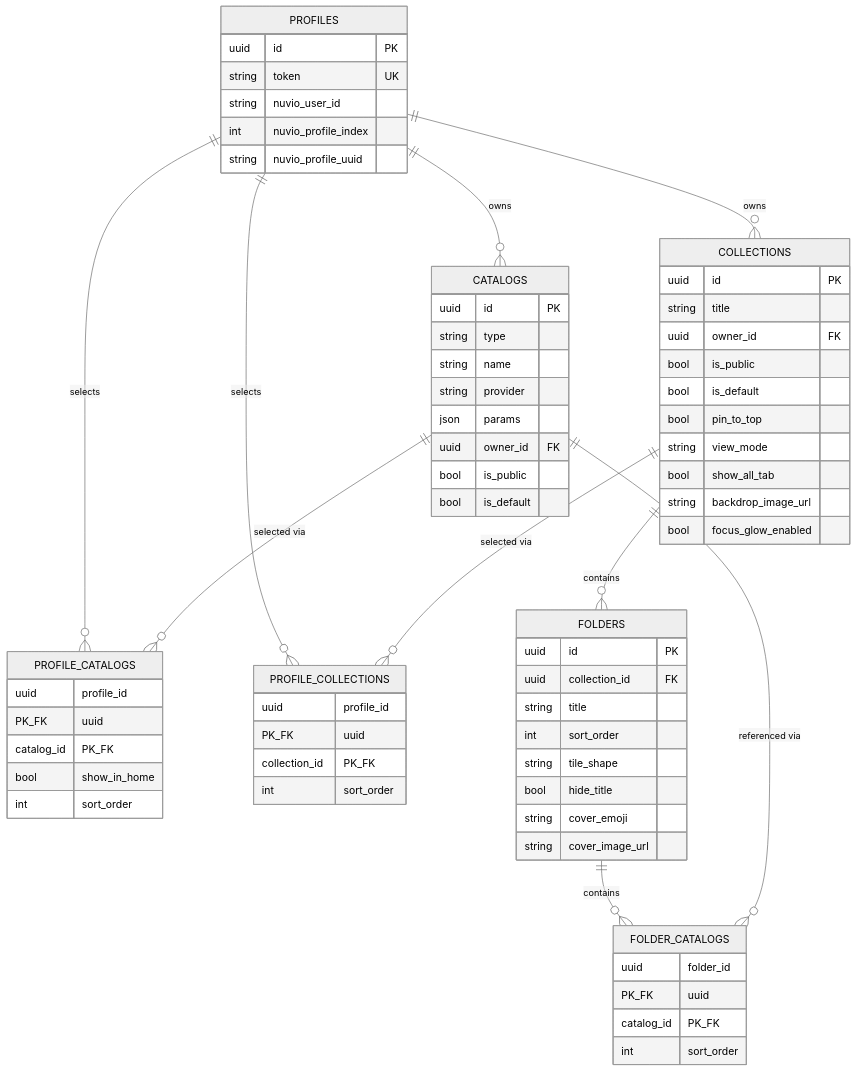
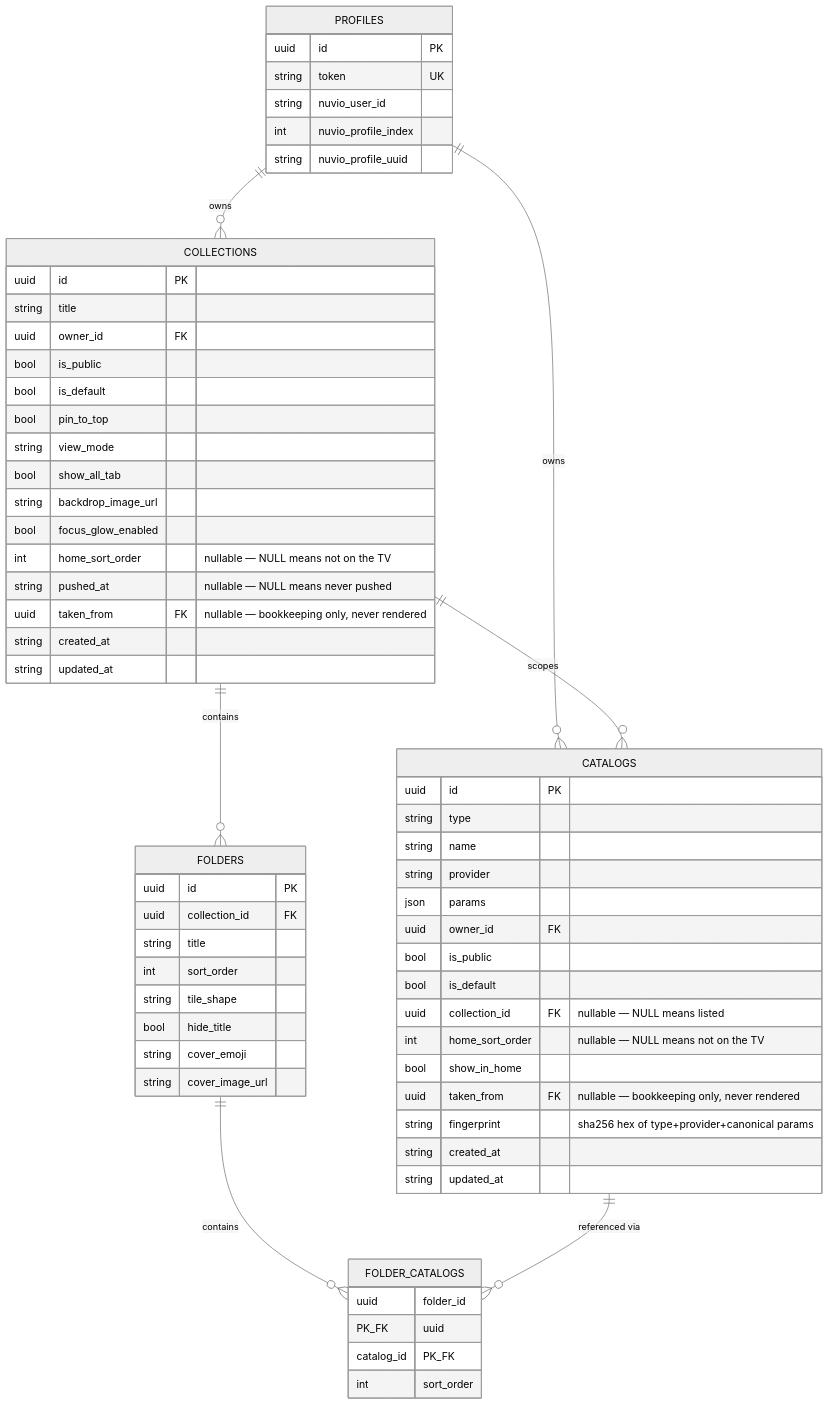
The diagram in docs/data-model.md (hiidz/uno), drawn with Mermaid (neutral theme) before and after one commit. The commit also changed other lines of this file and 23 other files, not shown here.

````diff
--- a/docs/data-model.md
+++ b/docs/data-model.md
@@ -11,68 +11,66 @@
 ```mermaid
 erDiagram
   PROFILES ||--o{ CATALOGS : owns
   PROFILES ||--o{ COLLECTIONS : owns
-  PROFILES ||--o{ PROFILE_CATALOGS : selects
-  CATALOGS ||--o{ PROFILE_CATALOGS : "selected via"
-  PROFILES ||--o{ PROFILE_COLLECTIONS : selects
-  COLLECTIONS ||--o{ PROFILE_COLLECTIONS : "selected via"
   COLLECTIONS ||--o{ FOLDERS : contains
+  COLLECTIONS ||--o{ CATALOGS : scopes
   FOLDERS ||--o{ FOLDER_CATALOGS : contains
   CATALOGS ||--o{ FOLDER_CATALOGS : "referenced via"
 
   PROFILES {
     uuid id PK
     string token UK
     string nuvio_user_id
     int nuvio_profile_index
     string nuvio_profile_uuid
   }
   CATALOGS {
     uuid id PK
     string type
     string name
     string provider
     json params
     uuid owner_id FK
     bool is_public
     bool is_default
-  }
-  PROFILE_CATALOGS {
-    uuid profile_id PK_FK
-    uuid catalog_id PK_FK
+    uuid collection_id FK "nullable — NULL means listed"
+    int home_sort_order "nullable — NULL means not on the TV"
     bool show_in_home
-    int sort_order
+    uuid taken_from FK "nullable — bookkeeping only, never rendered"
+    string fingerprint "sha256 hex of type+provider+canonical params"
+    string created_at
+    string updated_at
   }
   COLLECTIONS {
     uuid id PK
     string title
     uuid owner_id FK
     bool is_public
     bool is_default
     bool pin_to_top
     string view_mode
     bool show_all_tab
     string backdrop_image_url
     bool focus_glow_enabled
+    int home_sort_order "nullable — NULL means not on the TV"
+    string pushed_at "nullable — NULL means never pushed"
+    uuid taken_from FK "nullable — bookkeeping only, never rendered"
+    string created_at
+    string updated_at
   }
   FOLDERS {
     uuid id PK
     uuid collection_id FK
     string title
     int sort_order
     string tile_shape
     bool hide_title
     string cover_emoji
     string cover_image_url
   }
   FOLDER_CATALOGS {
     uuid folder_id PK_FK
     uuid catalog_id PK_FK
     int sort_order
   }
-  PROFILE_COLLECTIONS {
-    uuid profile_id PK_FK
-    uuid collection_id PK_FK
-    int sort_order
-  }
 ```
````
